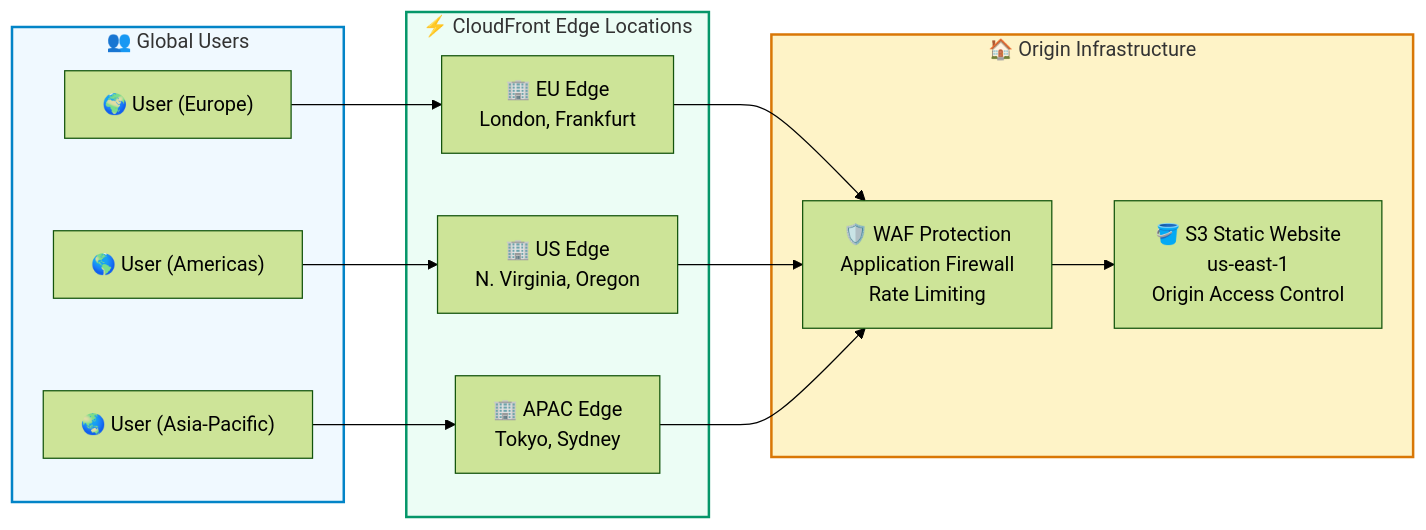
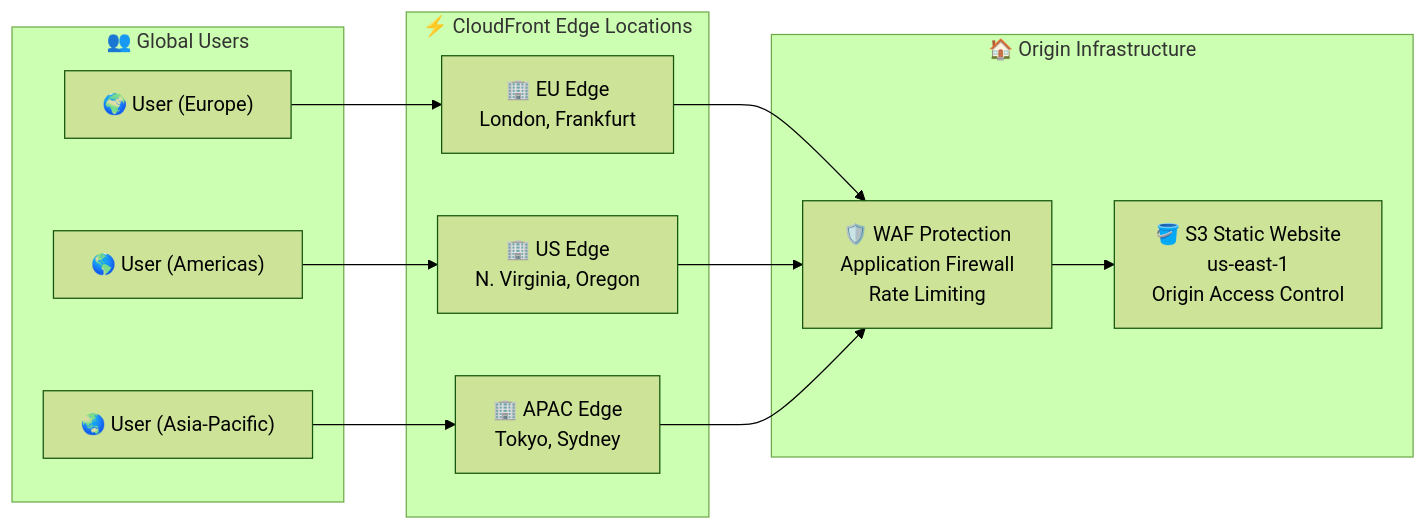
Before and after one commit to Celtikill/static-site: the fifth of 8 diagrams in docs/architecture.md, drawn with Mermaid (forest theme). The commit also changed other lines of this file and 5 other files, not shown here.

````diff
--- a/docs/architecture.md
+++ b/docs/architecture.md
@@ -208,37 +178,31 @@
 ```mermaid
 graph LR
     subgraph Users["👥 Global Users"]
         User1["🌍 User (Europe)"]
         User2["🌎 User (Americas)"]
         User3["🌏 User (Asia-Pacific)"]
     end
 
     subgraph Edge["⚡ CloudFront Edge Locations"]
         Edge1["🏢 EU Edge<br/>London, Frankfurt"]
         Edge2["🏢 US Edge<br/>N. Virginia, Oregon"]
         Edge3["🏢 APAC Edge<br/>Tokyo, Sydney"]
     end
 
     subgraph Origin["🏠 Origin Infrastructure"]
         S3["🪣 S3 Static Website<br/>us-east-1<br/>Origin Access Control"]
         WAF["🛡️ WAF Protection<br/>Application Firewall<br/>Rate Limiting"]
     end
 
     User1 --> Edge1
     User2 --> Edge2
     User3 --> Edge3
 
     Edge1 --> WAF
     Edge2 --> WAF
     Edge3 --> WAF
 
     WAF --> S3
 
-    classDef userStyle fill:#f0f9ff,stroke:#0284c7,stroke-width:2px
-    classDef edgeStyle fill:#ecfdf5,stroke:#059669,stroke-width:2px
-    classDef originStyle fill:#fef3c7,stroke:#d97706,stroke-width:2px
 
-    class Users userStyle
-    class Edge edgeStyle
-    class Origin originStyle
 ```
````
